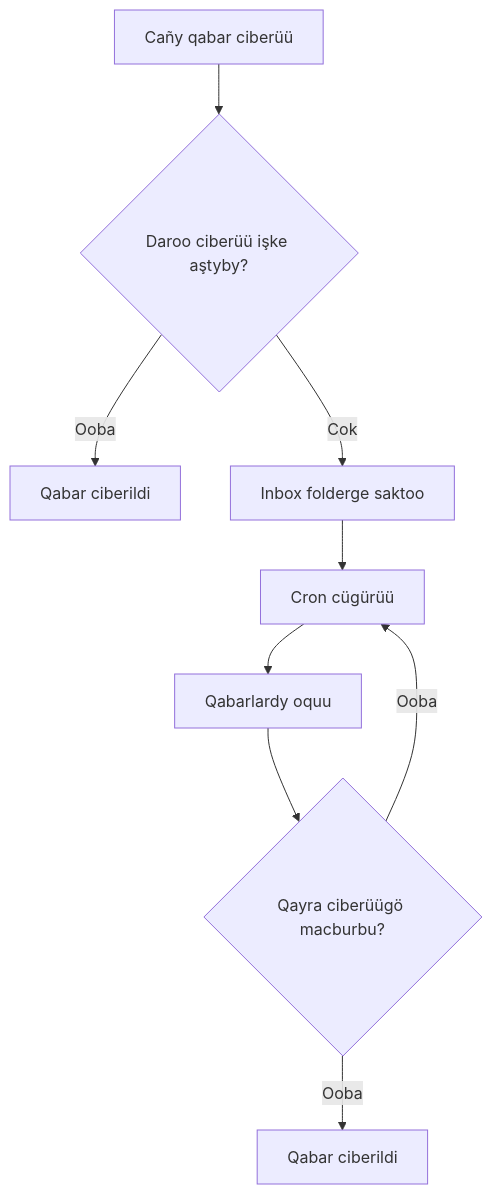
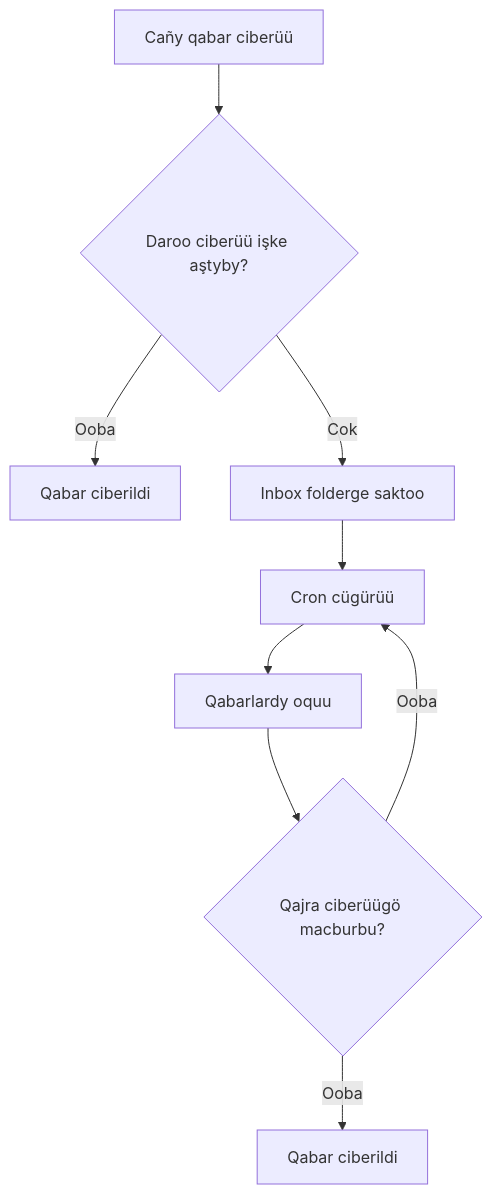
One commit to sultaniman/kpow changed the second of 2 diagrams in docs/qy/developer-guide.md. Above: the diagram before and after it, drawn with Mermaid. The commit also changed 1 other file, not shown here.

Commit message:
fix more translation errors

````diff
--- a/docs/qy/developer-guide.md
+++ b/docs/qy/developer-guide.md
@@ -84,11 +84,11 @@
 ```mermaid
 flowchart TD
     A[Cañy qabar ciberüü] --> B{Daroo ciberüü işke aştyby?}
     B -- Ooba --> C[Qabar ciberildi]
     B -- Cok --> D[Inbox folderge saktoo]
     D --> E[Cron cügürüü]
     E --> F[Qabarlardy oquu]
-    F --> G{Qayra ciberüügö macburbu?}
+    F --> G{Qajra ciberüügö macburbu?}
     G -- Ooba --> H[Qabar ciberildi]
     G -- Ooba --> E
 ```
````
